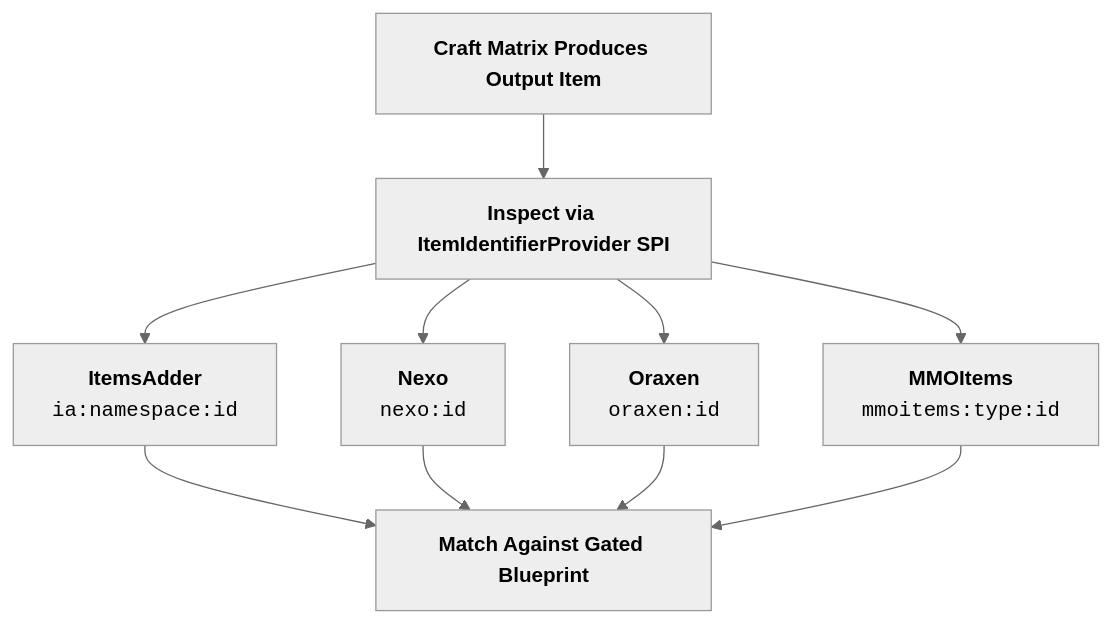
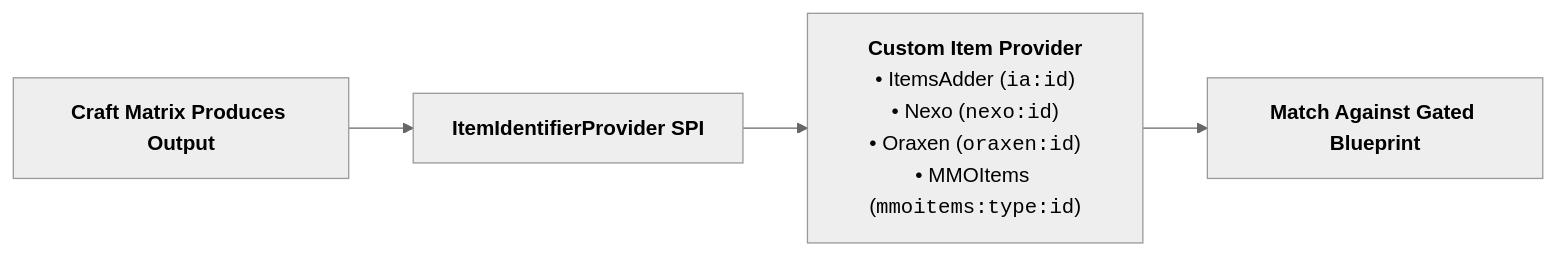
One commit to XZtotal/CraftingBlueprints-Wiki changed the diagram in docs/operations/tutorials/custom-gear.md. Above: the diagram before and after it, drawn with Mermaid (neutral theme). The commit also changed 21 other files, not shown here.

Commit message:
style(docs): widen all remaining vertical diagrams to horizontal pipelines and guarantee shadow-DOM centering

````diff
--- a/docs/operations/tutorials/custom-gear.md
+++ b/docs/operations/tutorials/custom-gear.md
@@ -9,14 +9,5 @@
 ```mermaid
-flowchart TD
-    Craft["<b>Craft Matrix Produces Output Item</b>"]
-    SPI["<b>Inspect via ItemIdentifierProvider SPI</b>"]
-    IA["<b>ItemsAdder</b><br/><code>ia:namespace:id</code>"]
-    Nexo["<b>Nexo</b><br/><code>nexo:id</code>"]
-    Oraxen["<b>Oraxen</b><br/><code>oraxen:id</code>"]
-    MMO["<b>MMOItems</b><br/><code>mmoitems:type:id</code>"]
-    Check["<b>Match Against Gated Blueprint</b>"]
-
-    Craft --> SPI
-    SPI --> IA & Nexo & Oraxen & MMO
-    IA & Nexo & Oraxen & MMO --> Check
+flowchart LR
+    Craft["<b>Craft Matrix Produces Output</b>"] --> SPI["<b>ItemIdentifierProvider SPI</b>"]
+    SPI --> Hook["<b>Custom Item Provider</b><br/>• ItemsAdder (<code>ia:id</code>)<br/>• Nexo (<code>nexo:id</code>)<br/>• Oraxen (<code>oraxen:id</code>)<br/>• MMOItems (<code>mmoitems:type:id</code>)"] --> Check["<b>Match Against Gated Blueprint</b>"]
 ```
````
